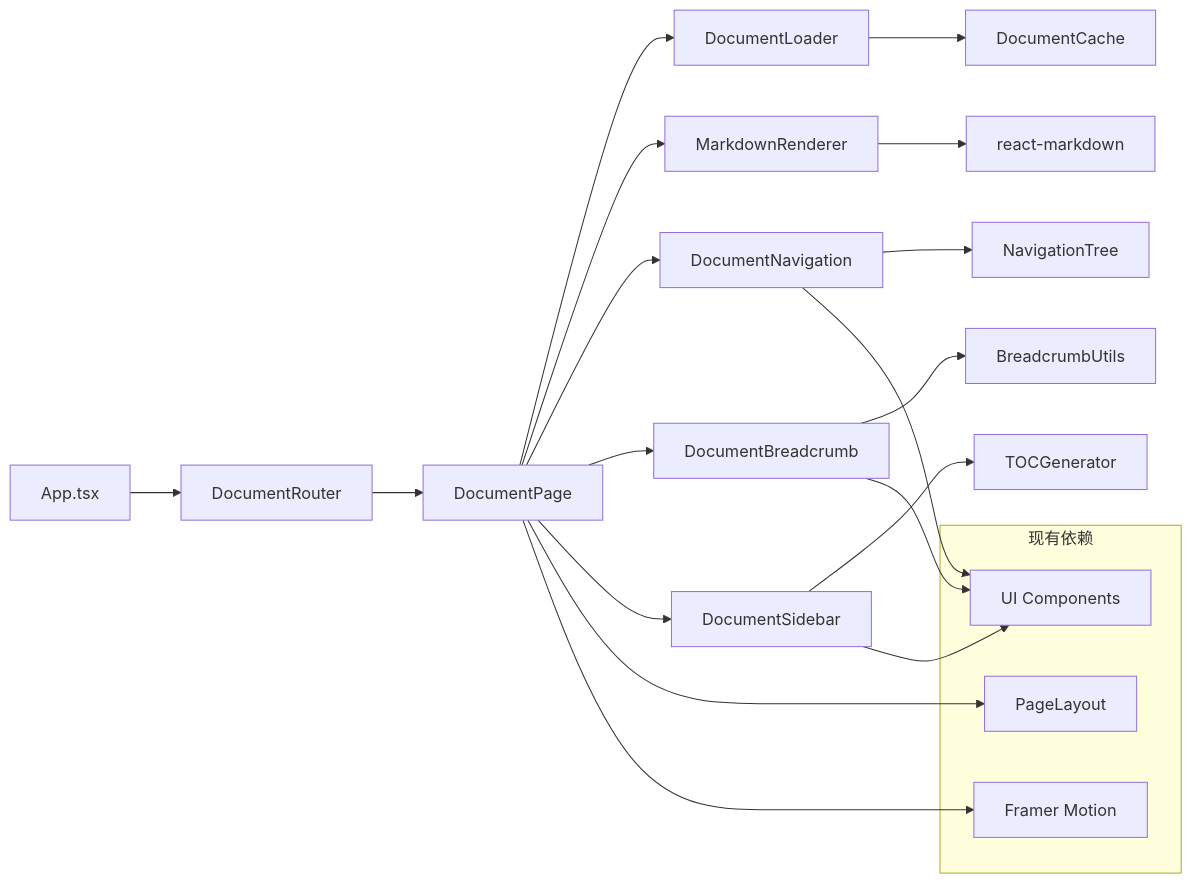
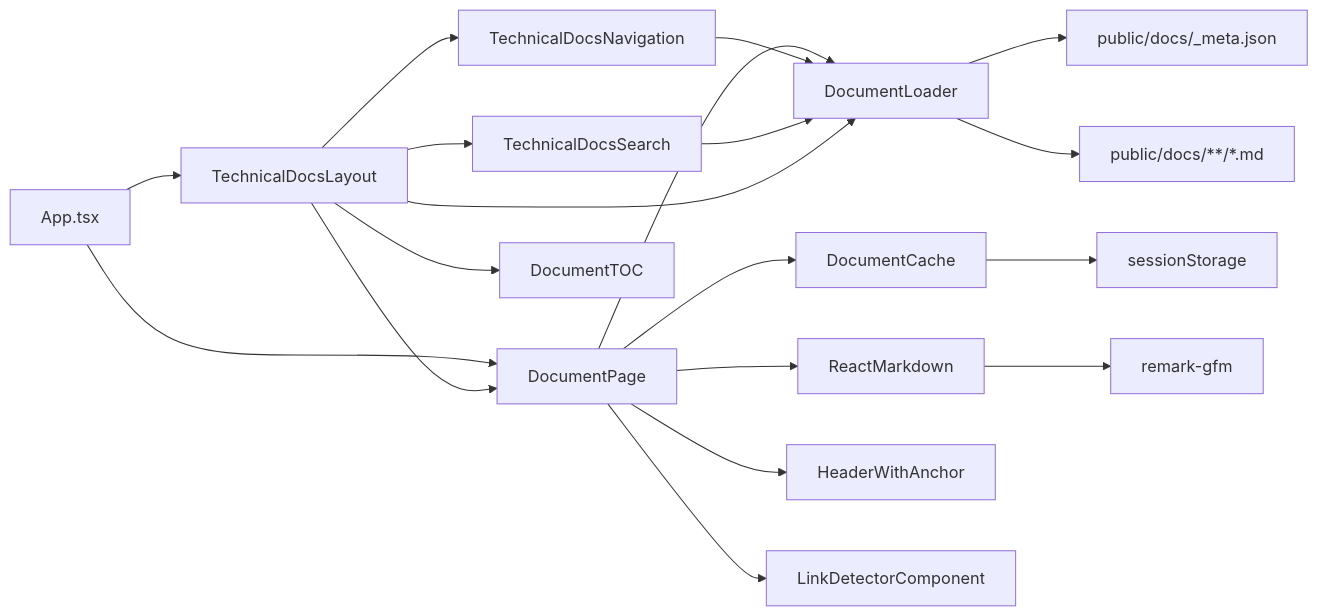
One commit to necc-hub/new_energy_coder_club changed the third of 6 diagrams in .trae/documents/DESIGN_markdown_docs_repository.md. Above: the diagram before and after it, drawn with Mermaid. The commit also changed other lines of this file and 31 other files, not shown here.

````diff
--- a/.trae/documents/DESIGN_markdown_docs_repository.md
+++ b/.trae/documents/DESIGN_markdown_docs_repository.md
@@ -155,28 +251,25 @@
 ```mermaid
 graph LR
-    A[App.tsx] --> B[DocumentRouter]
-    B --> C[DocumentPage]
-    C --> D[DocumentLoader]
-    C --> E[MarkdownRenderer]
-    C --> F[DocumentNavigation]
-    C --> G[DocumentBreadcrumb]
-    C --> H[DocumentSidebar]
-    
-    D --> I[DocumentCache]
-    E --> J[react-markdown]
-    F --> K[NavigationTree]
-    G --> L[BreadcrumbUtils]
-    H --> M[TOCGenerator]
-    
-    subgraph "现有依赖"
-        N[PageLayout]
-        O[UI Components]
-        P[Framer Motion]
-    end
-    
-    C --> N
-    F --> O
-    G --> O
-    H --> O
-    C --> P
+    A[App.tsx] --> B[DocumentPage]
+    A --> C[TechnicalDocsLayout]
+
+    C --> D[TechnicalDocsNavigation]
+    C --> E[TechnicalDocsSearch]
+    C --> F[DocumentTOC]
+    C --> B
+
+    B --> G[DocumentLoader]
+    B --> H[DocumentCache]
+    B --> I[ReactMarkdown]
+    I --> J[remark-gfm]
+    B --> K[HeaderWithAnchor]
+    B --> L[LinkDetectorComponent]
+
+    D --> G
+    E --> G
+    C --> G
+
+    G --> M[public/docs/_meta.json]
+    G --> N[public/docs/**/*.md]
+    H --> O[sessionStorage]
 ```
````
